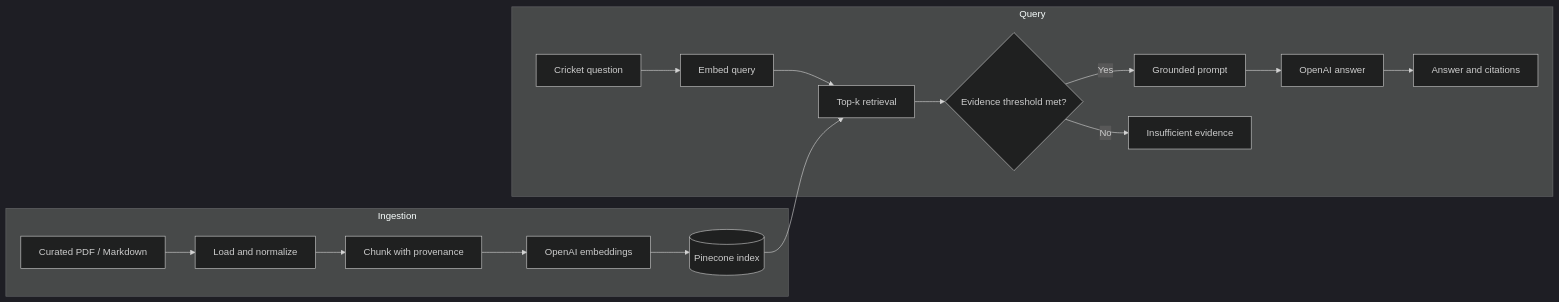
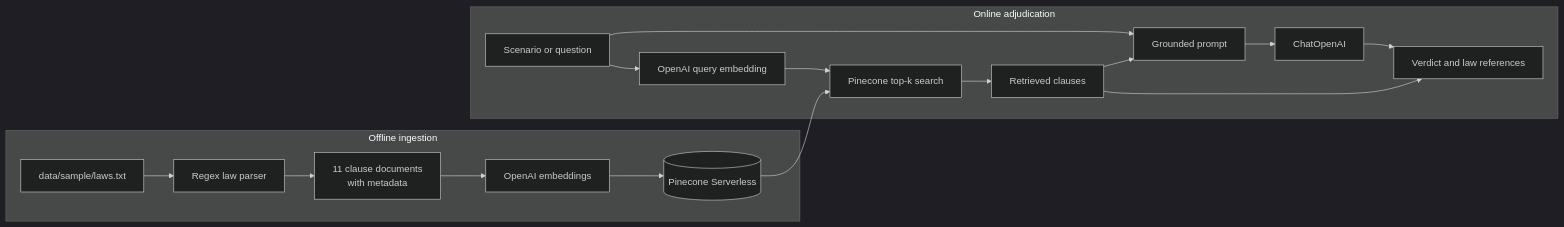
One commit to shanly-rajan/ai-builder changed the diagram in projects/cricket-rag-engine/README.md. Above: the diagram before and after it, drawn with Mermaid (dark theme). The commit also changed other lines of this file and 5 other files, not shown here.

````diff
--- a/projects/cricket-rag-engine/README.md
+++ b/projects/cricket-rag-engine/README.md
@@ -24,20 +45,21 @@
 ```mermaid
 flowchart LR
-    subgraph Ingestion
-        A[Curated PDF / Markdown] --> B[Load and normalize]
-        B --> C[Chunk with provenance]
+    subgraph Ingestion[Offline ingestion]
+        A[data/sample/laws.txt] --> B[Regex law parser]
+        B --> C[11 clause documents<br/>with metadata]
         C --> D[OpenAI embeddings]
-        D --> E[(Pinecone index)]
+        D --> E[(Pinecone Serverless)]
     end
 
-    subgraph Query
-        Q[Cricket question] --> F[Embed query]
-        F --> G[Top-k retrieval]
+    subgraph Adjudication[Online adjudication]
+        Q[Scenario or question] --> F[OpenAI query embedding]
+        F --> G[Pinecone top-k search]
         E --> G
-        G --> H{Evidence threshold met?}
-        H -->|Yes| I[Grounded prompt]
-        I --> J[OpenAI answer]
-        J --> K[Answer and citations]
-        H -->|No| L[Insufficient evidence]
+        G --> H[Retrieved clauses]
+        Q --> I[Grounded prompt]
+        H --> I
+        I --> J[ChatOpenAI]
+        J --> K[Verdict and law references]
+        H --> K
     end
 ```
````
